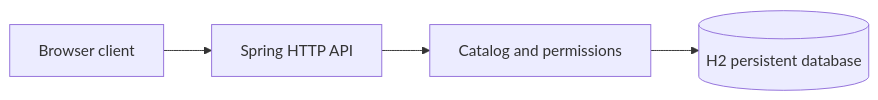
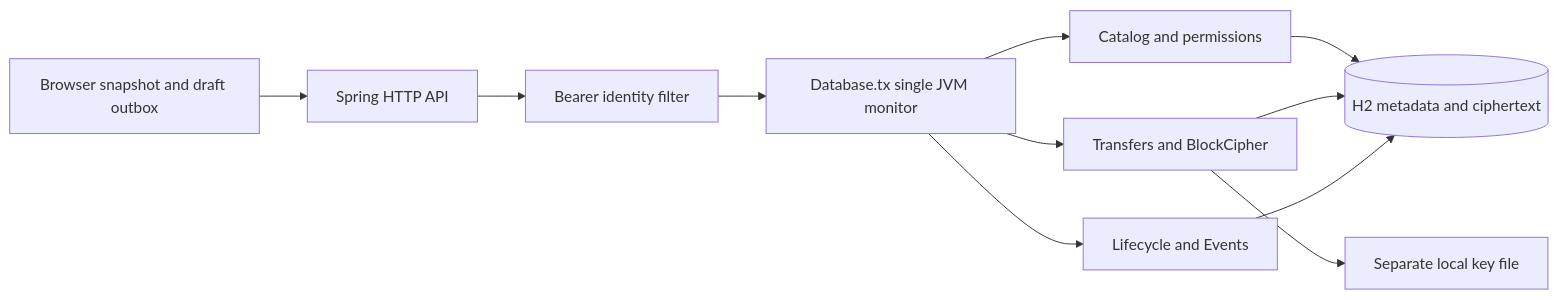
Before and after one commit to desi109/google-drive-design: the first of 2 diagrams in docs/architecture/02-components-and-data.md, drawn with Mermaid. The commit also changed other lines of this file and 22 other files, not shown here.

First line of the commit message:
Step 7: package one-command startup and complete the architecture workshop

````diff
--- a/docs/architecture/02-components-and-data.md
+++ b/docs/architecture/02-components-and-data.md
@@ -5,6 +5,13 @@
 ```mermaid
 flowchart LR
-  Browser[Browser client] --> API[Spring HTTP API]
-  API --> Catalog[Catalog and permissions]
-  Catalog --> DB[(H2 persistent database)]
+  Browser[Browser snapshot and draft outbox] --> API[Spring HTTP API]
+  API --> Identity[Bearer identity filter]
+  Identity --> Tx[Database.tx single JVM monitor]
+  Tx --> Catalog[Catalog and permissions]
+  Tx --> Transfers[Transfers and BlockCipher]
+  Tx --> Lifecycle[Lifecycle and Events]
+  Catalog --> DB[(H2 metadata and ciphertext)]
+  Transfers --> DB
+  Lifecycle --> DB
+  Transfers --> Key[Separate local key file]
 ```
````
